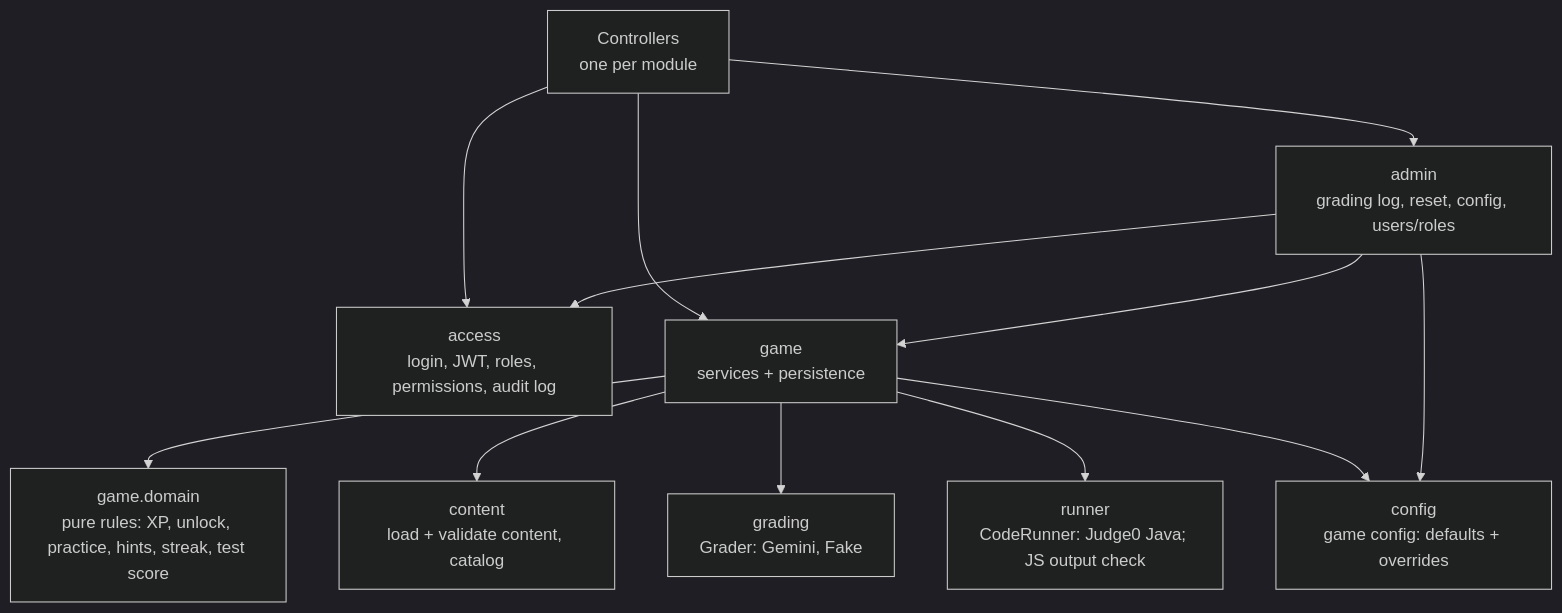
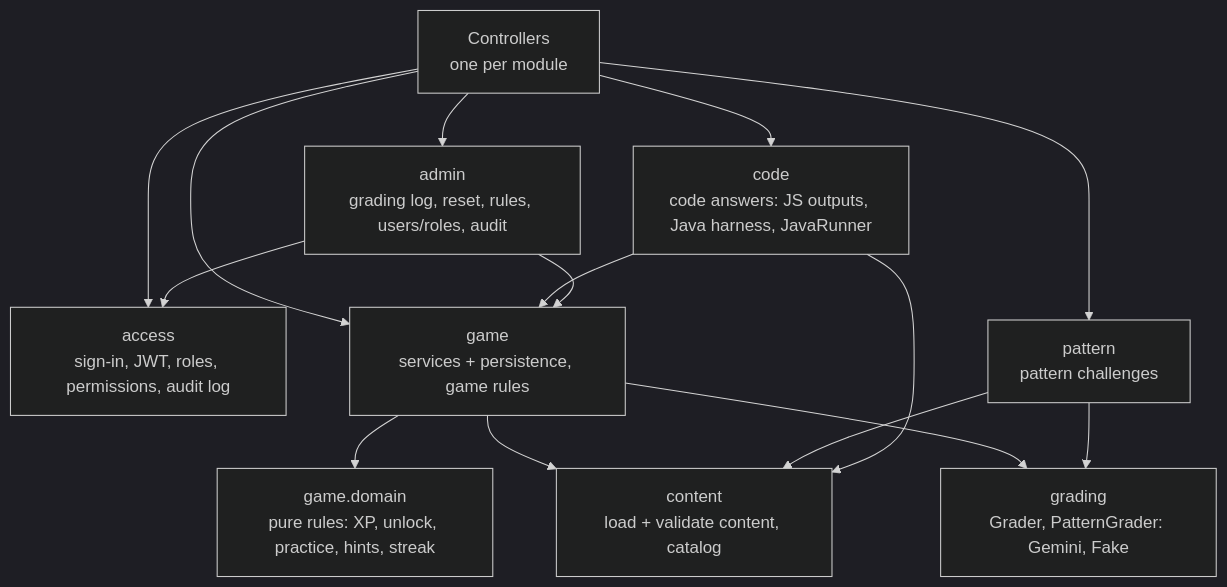
Before and after one commit to lamkhai0604/algoquest: the second of 8 diagrams in docs/ARCHITECTURE.md, drawn with Mermaid (dark theme). The commit also changed other lines of this file and 18 other files, not shown here.

````diff
--- a/docs/ARCHITECTURE.md
+++ b/docs/ARCHITECTURE.md
@@ -61,23 +66,26 @@
 ```mermaid
 flowchart TB
     web[Controllers<br/>one per module]
-    A[access<br/>login, JWT, roles, permissions, audit log]
+    A[access<br/>sign-in, JWT, roles, permissions, audit log]
     C[content<br/>load + validate content, catalog]
-    GM[game<br/>services + persistence]
-    D[game.domain<br/>pure rules: XP, unlock, practice, hints, streak, test score]
-    GR[grading<br/>Grader: Gemini, Fake]
-    R[runner<br/>CodeRunner: Judge0 Java; JS output check]
-    AD[admin<br/>grading log, reset, config, users/roles]
-    CF[config<br/>game config: defaults + overrides]
+    GM[game<br/>services + persistence, game rules]
+    D[game.domain<br/>pure rules: XP, unlock, practice, hints, streak]
+    P[pattern<br/>pattern challenges]
+    GR[grading<br/>Grader, PatternGrader: Gemini, Fake]
+    CO[code<br/>code answers: JS outputs, Java harness, JavaRunner]
+    AD[admin<br/>grading log, reset, rules, users/roles, audit]
     web --> A
     web --> GM
+    web --> P
+    web --> CO
     web --> AD
     GM --> D
     GM --> C
     GM --> GR
-    GM --> R
-    GM --> CF
+    P --> C
+    P --> GR
+    CO --> C
+    CO --> GM
     AD --> GM
     AD --> A
-    AD --> CF
 ```
````
